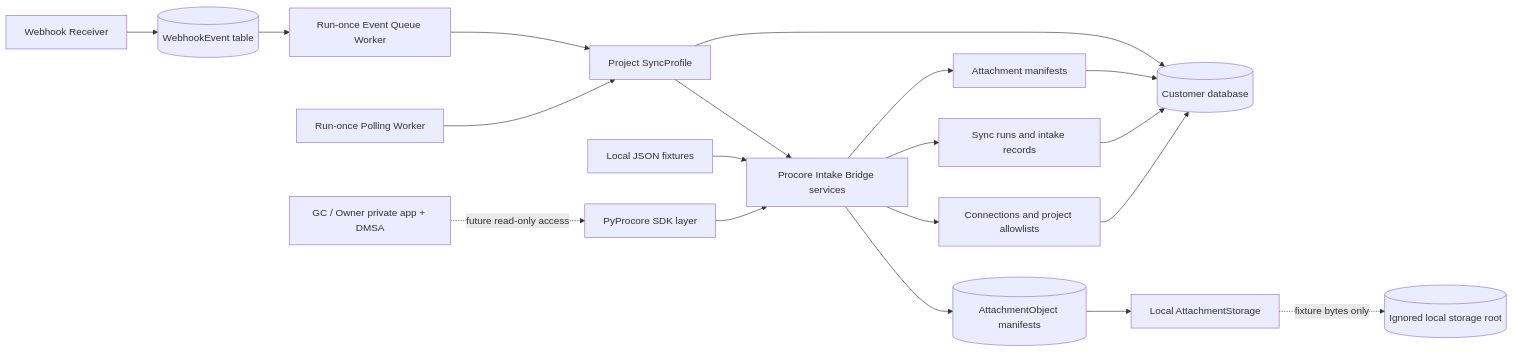
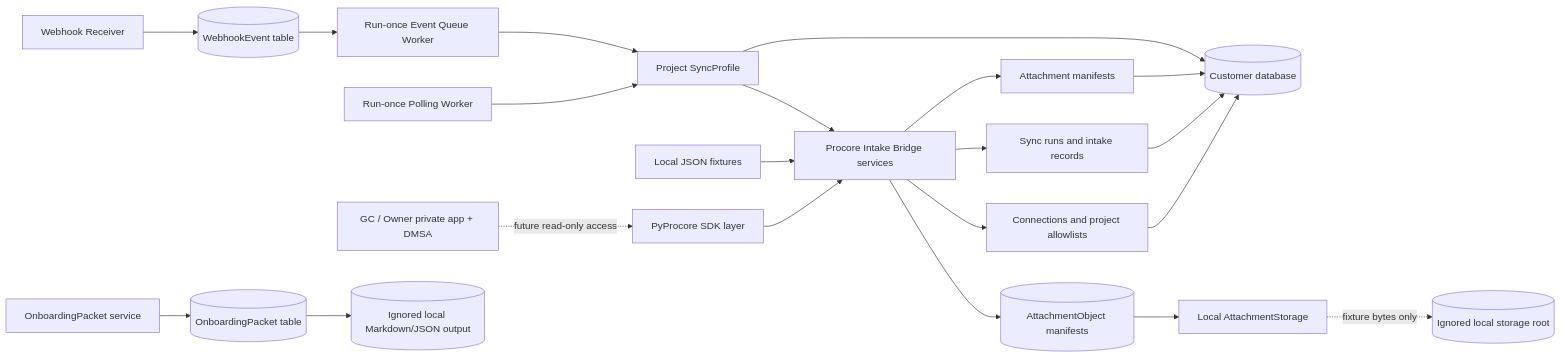
Before and after one commit to vibhanshu-mishra/procore-intake-bridge: the diagram in docs/architecture.md, drawn with Mermaid. The commit also changed other lines of this file and 21 other files, not shown here.

Commit message:
Add GC owner onboarding packet generator

````diff
--- a/docs/architecture.md
+++ b/docs/architecture.md
@@ -5,21 +5,23 @@
 ```mermaid
 flowchart LR
     A["GC / Owner private app + DMSA"] -. "future read-only access" .-> B["PyProcore SDK layer"]
     B --> C["Procore Intake Bridge services"]
     C --> D["Connections and project allowlists"]
     C --> E["Sync runs and intake records"]
     C --> F["Attachment manifests"]
     D --> G[("Customer database")]
     E --> G
     F --> G
     H["Local JSON fixtures"] --> C
     I["Run-once Polling Worker"] --> J["Project SyncProfile"]
     J --> C
     J --> G
     K["Webhook Receiver"] --> L[("WebhookEvent table")]
     L --> M["Run-once Event Queue Worker"]
     M --> J
     C --> N[("AttachmentObject manifests")]
     N --> O["Local AttachmentStorage"]
     O -. "fixture bytes only" .-> P[("Ignored local storage root")]
+    Q["OnboardingPacket service"] --> R[("OnboardingPacket table")]
+    R --> S[("Ignored local Markdown/JSON output")]
 ```
````
